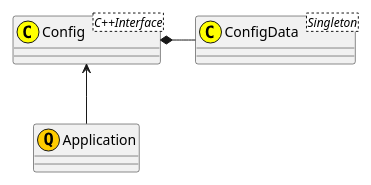
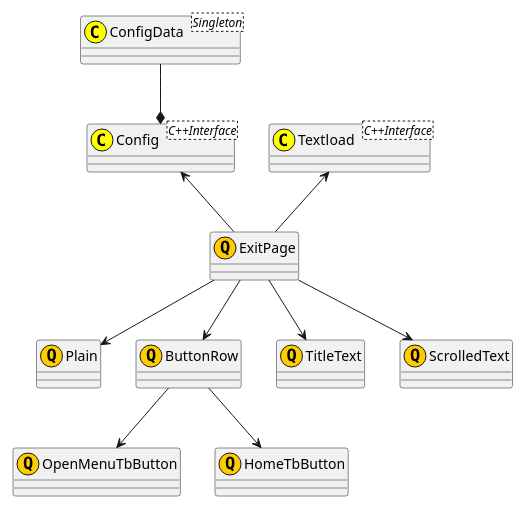
One commit to MARTIMM/HikingCompanion changed diagram 14 of 14 in Docs/Design.md. Above: the diagram before and after it, drawn with PlantUML. The commit also changed other lines of this file, not shown here.

````diff
--- a/Docs/Design.md
+++ b/Docs/Design.md
@@ -384,34 +386,31 @@
 ```plantuml
 scale 0.8
-'class "Singleton<ConfigData>" as ConfigData << (S,#FF7700) >>
+
 class "ConfigData<Singleton>" as ConfigData << (C,yellow) >>
-'class Config << (C,yellow) >>
 class "Config<C++Interface>" as Config << (C,yellow) >>
-'class GpxFiles << (C,yellow) >>
-'class GpxFile << (C,yellow) >>
 
-class "Application" as ap << (Q,#ffcc00) >>
-'class "MapPage" as mp << (Q,#ffcc00) >>
-'class "TracksPage" as tp << (Q,#ffcc00) >>
-'class "ConfigPage" as cp << (Q,#ffcc00) >>
+class Plain << (Q,#ffcc00) >>
+class "Textload<C++Interface>" as Textload << (C,yellow) >>
+class ExitPage << (Q,#ffcc00) >>
 
-'class call_once << (T,lightblue) >>
-'class Singleton << (T,lightblue) >>
+class ButtonRow << (Q,#ffcc00) >>
+class OpenMenuTbButton << (Q,#ffcc00) >>
+class HomeTbButton << (Q,#ffcc00) >>
+
+class TitleText << (Q,#ffcc00) >>
+class ScrolledText << (Q,#ffcc00) >>
 
 
-Config *- ConfigData
-'ConfigData *- GpxFiles
-'GpxFiles *- GpxFile
+Config <-- ExitPage
+ConfigData --* Config
 
-'call_once -- Singleton
-'Singleton -- ConfigData
+Textload <-- ExitPage
 
-Config <-- ap
-'ap --> mp
-'ap -> cp
-'ap --> tp
+ExitPage --> Plain
+ExitPage --> ButtonRow
+ExitPage --> TitleText
+ExitPage --> ScrolledText
 
-'cp -> Config
-'tp -> GpxFiles
-'tp --> mp
+ButtonRow --> OpenMenuTbButton
+ButtonRow --> HomeTbButton
 ```
````
